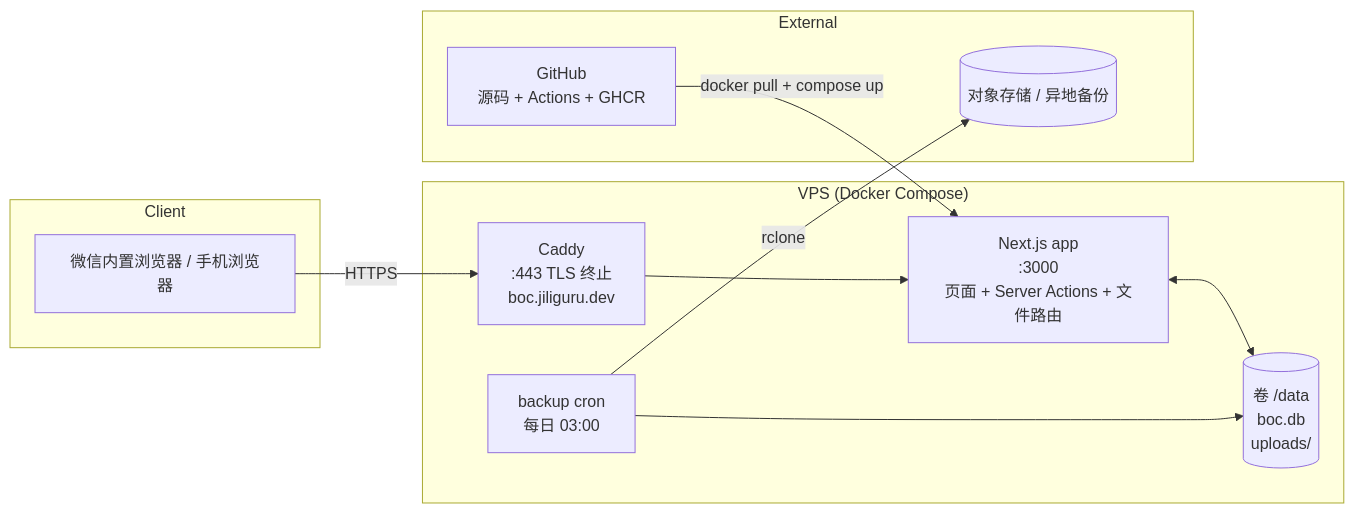
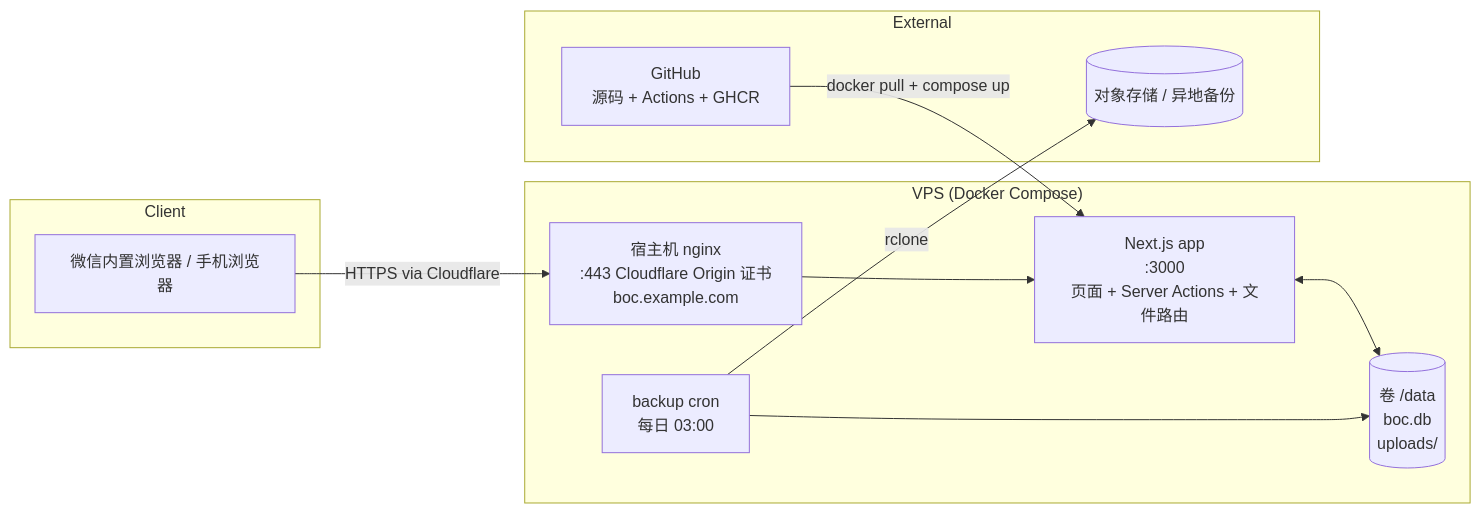
The first of 2 diagrams in docs/architecture.md (guoyumin/boc), drawn with Mermaid before and after one commit. The commit also changed other lines of this file and 16 other files, not shown here.

````diff
--- a/docs/architecture.md
+++ b/docs/architecture.md
@@ -77,24 +77,24 @@
 ```mermaid
 flowchart LR
     subgraph Client
         WX[微信内置浏览器 / 手机浏览器]
     end
 
     subgraph VPS["VPS (Docker Compose)"]
-        Caddy[Caddy<br/>:443 TLS 终止<br/>boc.jiliguru.dev]
+        Nginx[宿主机 nginx<br/>:443 Cloudflare Origin 证书<br/>boc.example.com]
         App[Next.js app<br/>:3000<br/>页面 + Server Actions + 文件路由]
         Vol[(卷 /data<br/>boc.db<br/>uploads/)]
         Cron[backup cron<br/>每日 03:00]
     end
 
     subgraph External
         GH[GitHub<br/>源码 + Actions + GHCR]
         OS[(对象存储 / 异地备份)]
     end
 
-    WX -- HTTPS --> Caddy --> App
+    WX -- HTTPS via Cloudflare --> Nginx --> App
     App <--> Vol
     Cron --> Vol
     Cron -- rclone --> OS
     GH -- "docker pull + compose up" --> App
 ```
````
